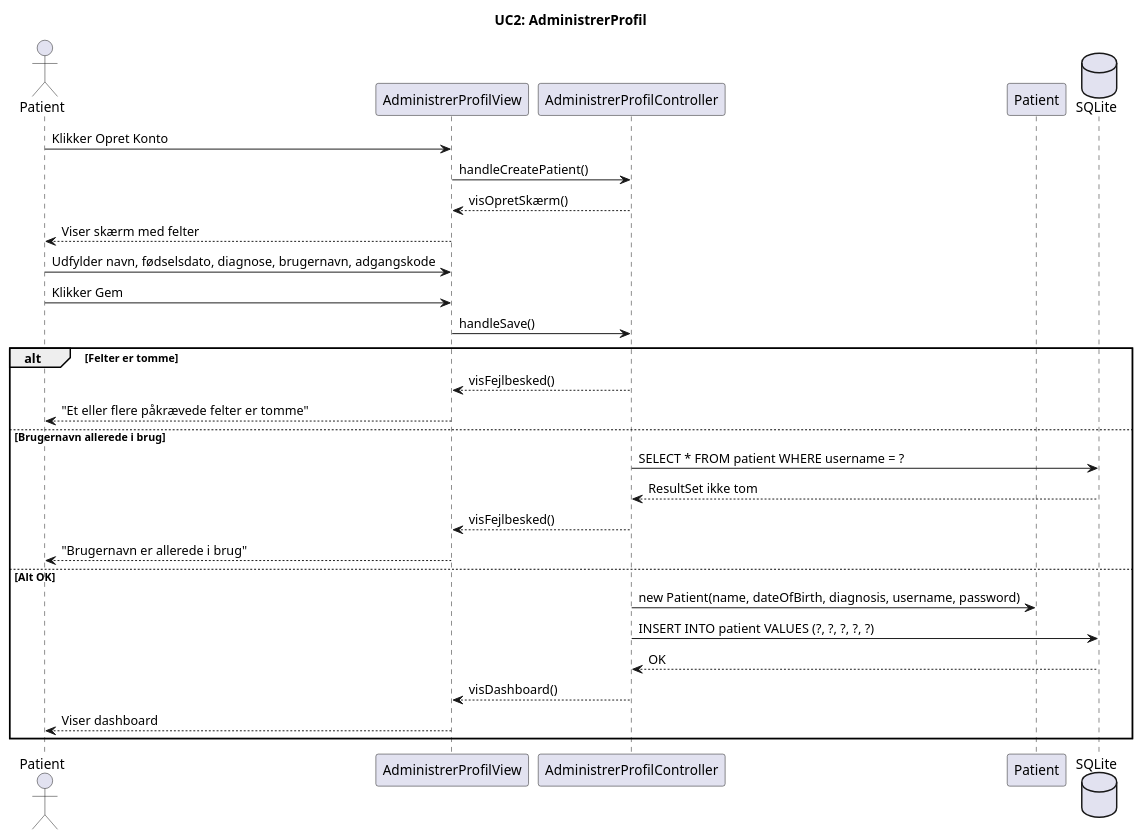
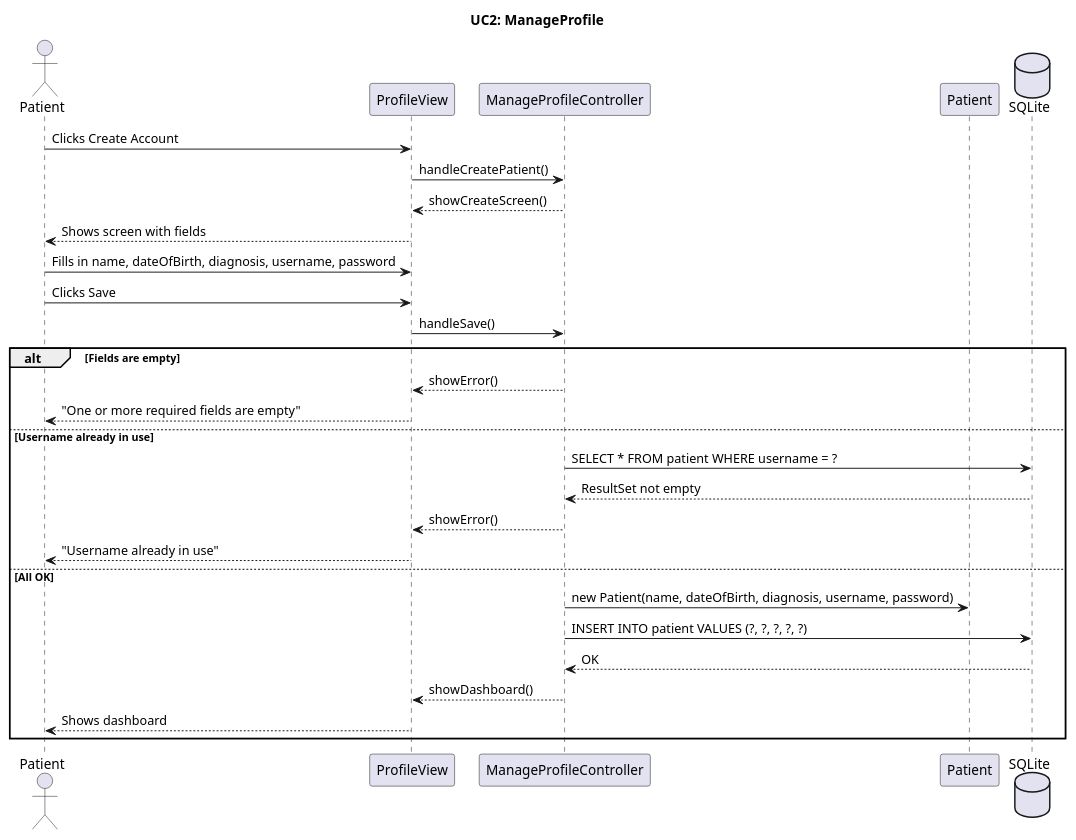
Before and after one commit to BesimaP/SP4---MiniSP: the diagram in doc/dynamic/UC2 - AdministrerProfil.puml, drawn with PlantUML. The commit also changed 21 other files, not shown here.

Commit message:
sekvensdiagram rettet til engelsk

```diff
--- a/doc/dynamic/UC2 - AdministrerProfil.puml
+++ b/doc/dynamic/UC2 - AdministrerProfil.puml
@@ -1,37 +1,37 @@
 @startuml
 !pragma layout smetana
 
-title UC2: AdministrerProfil
+title UC2: ManageProfile
 
 actor "Patient" as u
-participant "AdministrerProfilView" as v
-participant "AdministrerProfilController" as c
+participant "ProfileView" as v
+participant "ManageProfileController" as c
 participant "Patient" as m
 database "SQLite" as db
 
-u -> v : Klikker Opret Konto
+u -> v : Clicks Create Account
 v -> c : handleCreatePatient()
-c --> v : visOpretSkærm()
-v --> u : Viser skærm med felter
+c --> v : showCreateScreen()
+v --> u : Shows screen with fields
 
-u -> v : Udfylder navn, fødselsdato, diagnose, brugernavn, adgangskode
-u -> v : Klikker Gem
+u -> v : Fills in name, dateOfBirth, diagnosis, username, password
+u -> v : Clicks Save
 v -> c : handleSave()
 
-alt Felter er tomme
-  c --> v : visFejlbesked()
-  v --> u : "Et eller flere påkrævede felter er tomme"
-else Brugernavn allerede i brug
+alt Fields are empty
+  c --> v : showError()
+  v --> u : "One or more required fields are empty"
+else Username already in use
   c -> db : SELECT * FROM patient WHERE username = ?
-  db --> c : ResultSet ikke tom
-  c --> v : visFejlbesked()
-  v --> u : "Brugernavn er allerede i brug"
-else Alt OK
+  db --> c : ResultSet not empty
+  c --> v : showError()
+  v --> u : "Username already in use"
+else All OK
   c -> m : new Patient(name, dateOfBirth, diagnosis, username, password)
   c -> db : INSERT INTO patient VALUES (?, ?, ?, ?, ?)
   db --> c : OK
-  c --> v : visDashboard()
-  v --> u : Viser dashboard
+  c --> v : showDashboard()
+  v --> u : Shows dashboard
 end
 
 @enduml
```
